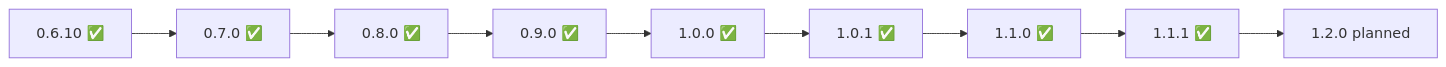
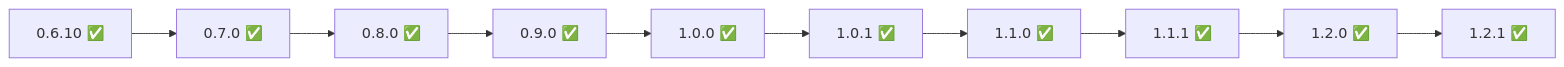
The diagram in ROADMAP.md (hrodrig/pgwd), drawn with Mermaid before and after one commit. The commit also changed other lines of this file and 8 other files, not shown here.

````diff
--- a/ROADMAP.md
+++ b/ROADMAP.md
@@ -19,11 +19,12 @@
 ```mermaid
 flowchart LR
   A["0.6.10 ✅"] --> B["0.7.0 ✅"]
   B --> C["0.8.0 ✅"]
   C --> D["0.9.0 ✅"]
   D --> E["1.0.0 ✅"]
   E --> F["1.0.1 ✅"]
   F --> G["1.1.0 ✅"]
   G --> H["1.1.1 ✅"]
-  H --> I["1.2.0 planned"]
+  H --> I["1.2.0 ✅"]
+  I --> J["1.2.1 ✅"]
 ```
````
